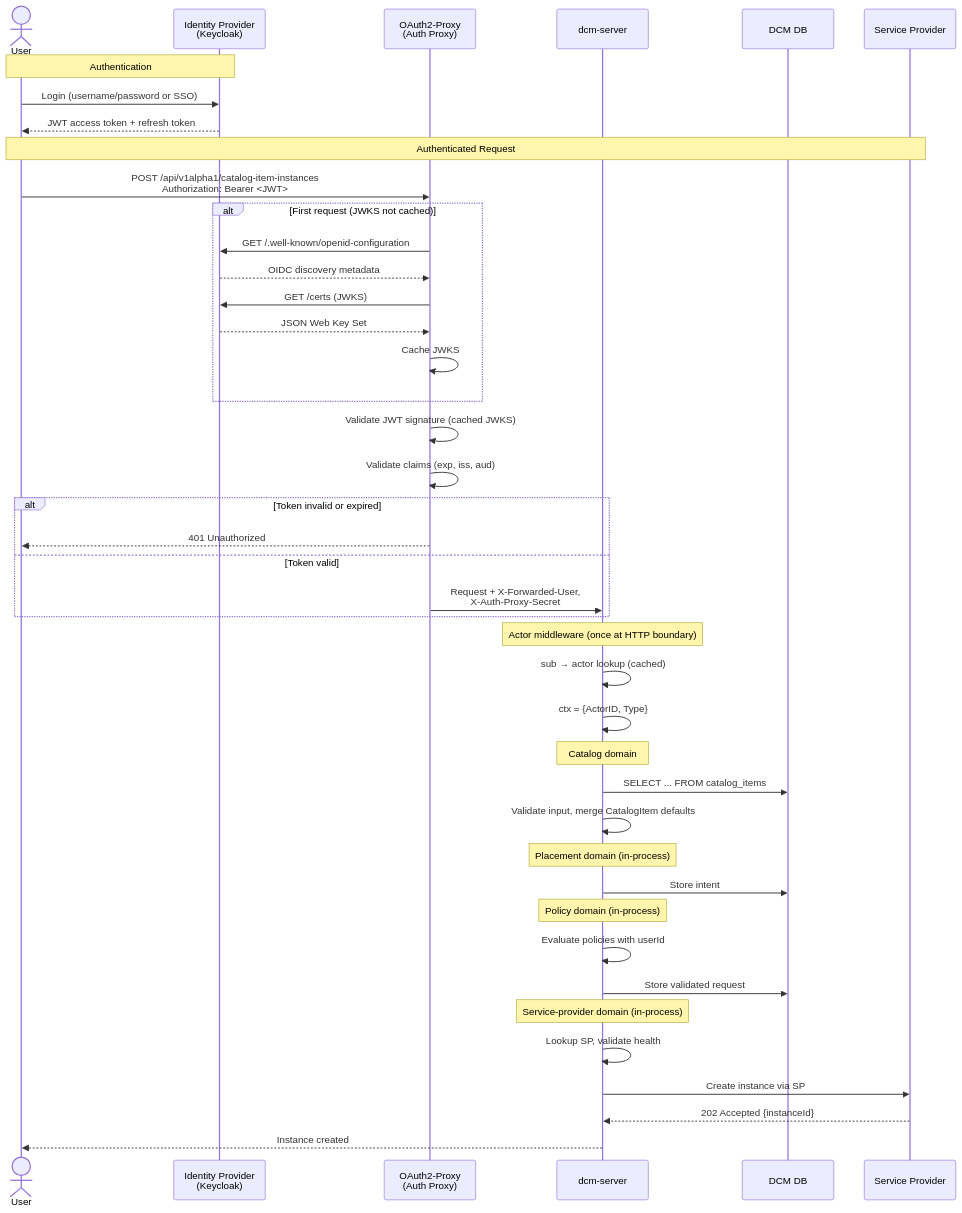
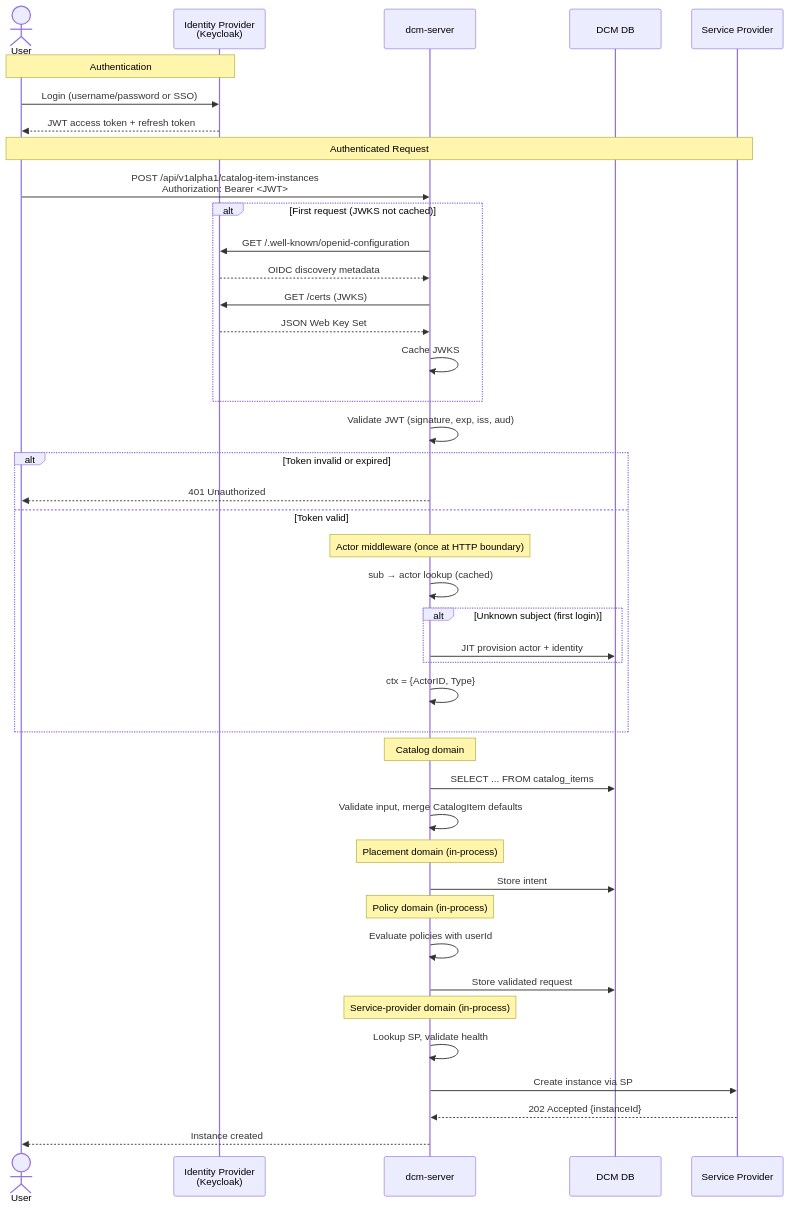
The second of 2 diagrams in enhancements/authentication/authentication.md (dcm-project/enhancements), drawn with Mermaid before and after one commit. The commit also changed other lines of this file, not shown here.

First line of the commit message:
docs(authentication): update enhancement to reflect in-app JWT validation (#90)

````diff
--- a/enhancements/authentication/authentication.md
+++ b/enhancements/authentication/authentication.md
@@ -343,53 +367,52 @@
 ```mermaid
 sequenceDiagram
     actor User
     participant IdP as Identity Provider<br/>(Keycloak)
-    participant OP as OAuth2-Proxy<br/>(Auth Proxy)
     participant DCM as dcm-server
     participant DB as DCM DB
     participant SP as Service Provider
 
     Note over User,IdP: Authentication
     User->>IdP: Login (username/password or SSO)
     IdP-->>User: JWT access token + refresh token
 
     Note over User,SP: Authenticated Request
-    User->>OP: POST /api/v1alpha1/catalog-item-instances<br/>Authorization: Bearer <JWT>
+    User->>DCM: POST /api/v1alpha1/catalog-item-instances<br/>Authorization: Bearer <JWT>
 
     alt First request (JWKS not cached)
-        OP->>IdP: GET /.well-known/openid-configuration
-        IdP-->>OP: OIDC discovery metadata
-        OP->>IdP: GET /certs (JWKS)
-        IdP-->>OP: JSON Web Key Set
-        OP->>OP: Cache JWKS
+        DCM->>IdP: GET /.well-known/openid-configuration
+        IdP-->>DCM: OIDC discovery metadata
+        DCM->>IdP: GET /certs (JWKS)
+        IdP-->>DCM: JSON Web Key Set
+        DCM->>DCM: Cache JWKS
     end
 
-    OP->>OP: Validate JWT signature (cached JWKS)
-    OP->>OP: Validate claims (exp, iss, aud)
+    DCM->>DCM: Validate JWT (signature, exp, iss, aud)
 
     alt Token invalid or expired
-        OP-->>User: 401 Unauthorized
+        DCM-->>User: 401 Unauthorized
     else Token valid
-        OP->>DCM: Request + X-Forwarded-User,<br/>X-Auth-Proxy-Secret
+        Note over DCM: Actor middleware (once at HTTP boundary)
+        DCM->>DCM: sub → actor lookup (cached)
+        alt Unknown subject (first login)
+            DCM->>DB: JIT provision actor + identity
+        end
+        DCM->>DCM: ctx = {ActorID, Type}
     end
-
-    Note over DCM: Actor middleware (once at HTTP boundary)
-    DCM->>DCM: sub → actor lookup (cached)
-    DCM->>DCM: ctx = {ActorID, Type}
 
     Note over DCM: Catalog domain
     DCM->>DB: SELECT ... FROM catalog_items
     DCM->>DCM: Validate input, merge CatalogItem defaults
 
     Note over DCM: Placement domain (in-process)
     DCM->>DB: Store intent
     Note over DCM: Policy domain (in-process)
     DCM->>DCM: Evaluate policies with userId
     DCM->>DB: Store validated request
 
     Note over DCM: Service-provider domain (in-process)
     DCM->>DCM: Lookup SP, validate health
     DCM->>SP: Create instance via SP
     SP-->>DCM: 202 Accepted {instanceId}
     DCM-->>User: Instance created
 ```
````
